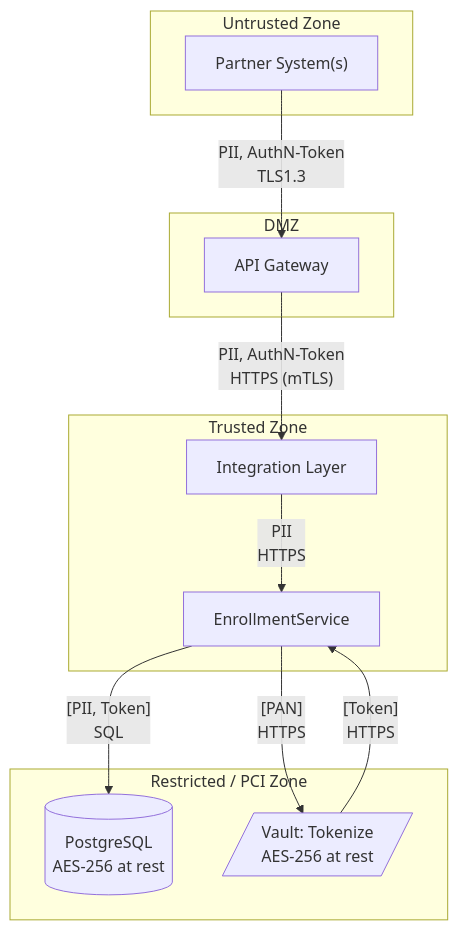
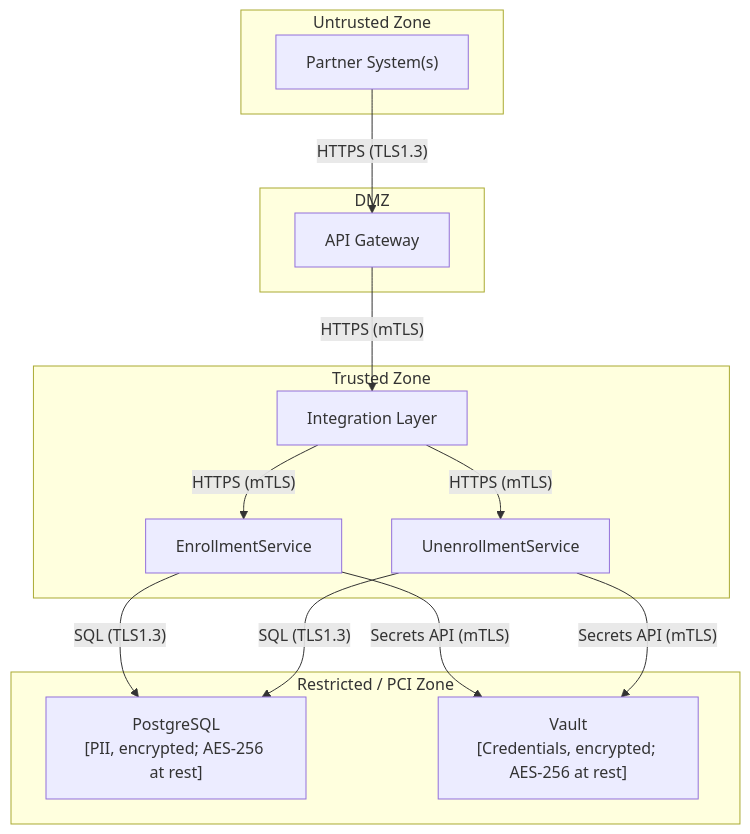
The second of 2 diagrams in docs/architecture.md (nandhini9074-create/demo7-enrollment), drawn with Mermaid before and after one commit. The commit also changed other lines of this file and 14 other files, not shown here.

````diff
--- a/docs/architecture.md
+++ b/docs/architecture.md
@@ -56,27 +63,30 @@
 ```mermaid
 flowchart TD
-    subgraph untrusted ["Untrusted Zone"]
+    subgraph untrustedZone ["Untrusted Zone"]
         partner["Partner System(s)"]
     end
 
     subgraph dmz ["DMZ"]
         apiGw["API Gateway"]
     end
 
     subgraph trustedZone ["Trusted Zone"]
         integrationLayer["Integration Layer"]
         enrollmentSvc["EnrollmentService"]
+        unenrollmentSvc["UnenrollmentService"]
     end
 
-    subgraph restrictedPCI ["Restricted / PCI Zone"]
-        postgresDB[("PostgreSQL<br/>AES-256 at rest")]
-        vault[/"Vault: Tokenize<br/>AES-256 at rest"/]
+    subgraph restrictedZone ["Restricted / PCI Zone"]
+        postgres["PostgreSQL<br/>[PII, encrypted; AES-256 at rest]"]
+        vault["Vault<br/>[Credentials, encrypted; AES-256 at rest]"]
     end
 
-    partner -- "PII, AuthN-Token<br/>TLS1.3" --> apiGw
-    apiGw -- "PII, AuthN-Token<br/>HTTPS (mTLS)" --> integrationLayer
-    integrationLayer -- "PII<br/>HTTPS" --> enrollmentSvc
-    enrollmentSvc -- "[PII, Token]<br/>SQL" --> postgresDB
-    enrollmentSvc -- "[PAN]<br/>HTTPS" --> vault
-    vault -- "[Token]<br/>HTTPS" --> enrollmentSvc
+    partner -- "HTTPS (TLS1.3)" --> apiGw
+    apiGw -- "HTTPS (mTLS)" --> integrationLayer
+    integrationLayer -- "HTTPS (mTLS)" --> enrollmentSvc
+    integrationLayer -- "HTTPS (mTLS)" --> unenrollmentSvc
+    enrollmentSvc -- "SQL (TLS1.3)" --> postgres
+    unenrollmentSvc -- "SQL (TLS1.3)" --> postgres
+    enrollmentSvc -- "Secrets API (mTLS)" --> vault
+    unenrollmentSvc -- "Secrets API (mTLS)" --> vault
 ```
````
